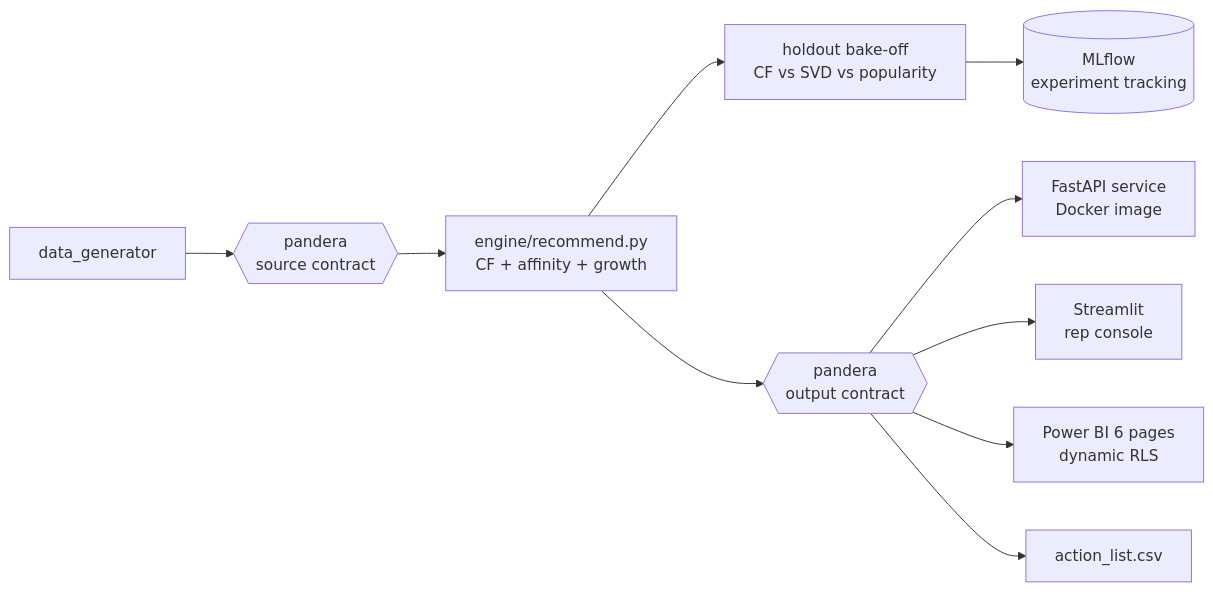
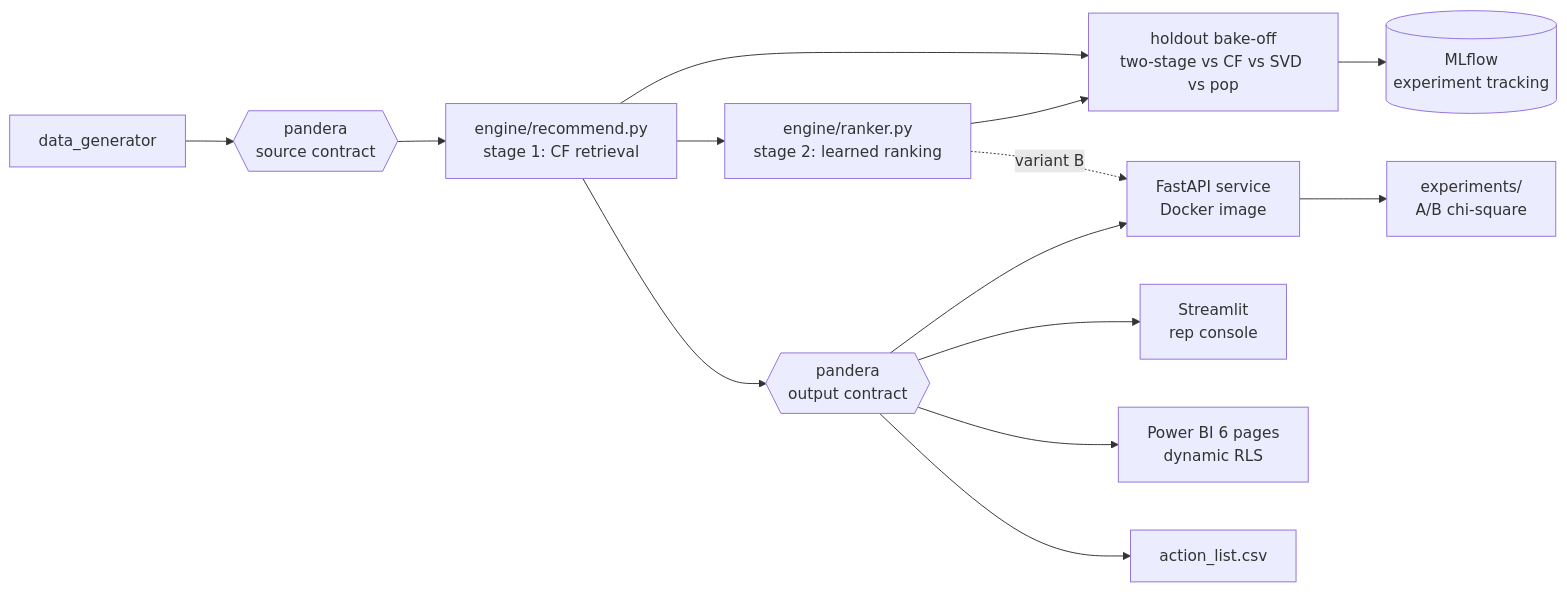
One commit to KushPatel29/Customer-Recommendation-Engine changed the diagram in README.md. Above: the diagram before and after it, drawn with Mermaid. The commit also changed other lines of this file and 9 other files, not shown here.

Commit message:
Two-stage RecSys (CF retrieval -> learned ranking, customer-disjoint eval), serve-time purchase suppressor, A/B framework with pre-registered chi-square promotion rule

````diff
--- a/README.md
+++ b/README.md
@@ -27,12 +27,16 @@
 ```mermaid
 flowchart LR
     GEN[data_generator] --> CONTRACT1{{pandera<br/>source contract}}
-    CONTRACT1 --> ENG[engine/recommend.py<br/>CF + affinity + growth]
-    ENG --> EVAL[holdout bake-off<br/>CF vs SVD vs popularity]
+    CONTRACT1 --> ENG[engine/recommend.py<br/>stage 1: CF retrieval]
+    ENG --> RANK[engine/ranker.py<br/>stage 2: learned ranking]
+    ENG --> EVAL[holdout bake-off<br/>two-stage vs CF vs SVD vs pop]
+    RANK --> EVAL
     EVAL --> MLF[(MLflow<br/>experiment tracking)]
+    RANK -.variant B.-> API
+    API --> AB[experiments/<br/>A/B chi-square]
     ENG --> CONTRACT2{{pandera<br/>output contract}}
     CONTRACT2 --> API[FastAPI service<br/>Docker image]
     CONTRACT2 --> UI[Streamlit<br/>rep console]
     CONTRACT2 --> PBI[Power BI 6 pages<br/>dynamic RLS]
     CONTRACT2 --> CSV[action_list.csv]
 ```
````
